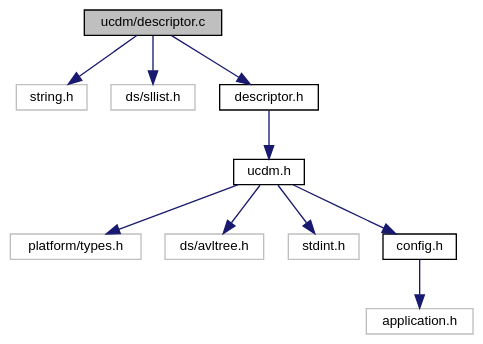
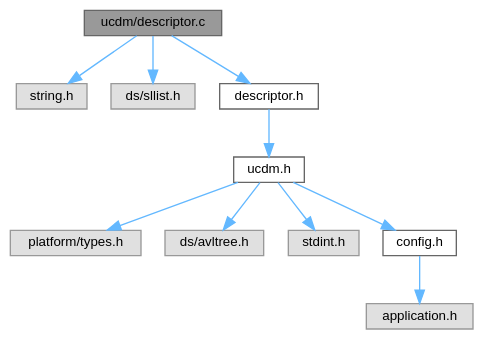
The diagram in descriptor_8c__incl.dot (ebs-universe/piolib-ucdm), drawn with Graphviz before and after one commit. The commit also changed 365 other files, not shown here.

```diff
--- a/descriptor_8c__incl.dot
+++ b/descriptor_8c__incl.dot
@@ -1,27 +1,27 @@
 digraph "ucdm/descriptor.c"
 {
  // INTERACTIVE_SVG=YES
  // LATEX_PDF_SIZE
   bgcolor="transparent";
-  edge [fontname="Helvetica",fontsize="10",labelfontname="Helvetica",labelfontsize="10"];
-  node [fontname="Helvetica",fontsize="10",shape=record];
-  Node1 [label="ucdm/descriptor.c",height=0.2,width=0.4,color="black", fillcolor="grey75", style="filled", fontcolor="black",tooltip="Descriptor type definitions."];
-  Node1 -> Node2 [color="midnightblue",fontsize="10",style="solid",fontname="Helvetica"];
-  Node2 [label="string.h",height=0.2,width=0.4,color="grey75",tooltip=" "];
-  Node1 -> Node3 [color="midnightblue",fontsize="10",style="solid",fontname="Helvetica"];
-  Node3 [label="ds/sllist.h",height=0.2,width=0.4,color="grey75",tooltip=" "];
-  Node1 -> Node4 [color="midnightblue",fontsize="10",style="solid",fontname="Helvetica"];
-  Node4 [label="descriptor.h",height=0.2,width=0.4,color="black",URL="$descriptor_8h.html",tooltip="Descriptor type definitions."];
-  Node4 -> Node5 [color="midnightblue",fontsize="10",style="solid",fontname="Helvetica"];
-  Node5 [label="ucdm.h",height=0.2,width=0.4,color="black",URL="$ucdm_8h.html",tooltip="Interface and usage of the Unified Configuration and Data Manager."];
-  Node5 -> Node6 [color="midnightblue",fontsize="10",style="solid",fontname="Helvetica"];
-  Node6 [label="platform/types.h",height=0.2,width=0.4,color="grey75",tooltip=" "];
-  Node5 -> Node7 [color="midnightblue",fontsize="10",style="solid",fontname="Helvetica"];
-  Node7 [label="ds/avltree.h",height=0.2,width=0.4,color="grey75",tooltip=" "];
-  Node5 -> Node8 [color="midnightblue",fontsize="10",style="solid",fontname="Helvetica"];
-  Node8 [label="stdint.h",height=0.2,width=0.4,color="grey75",tooltip=" "];
-  Node5 -> Node9 [color="midnightblue",fontsize="10",style="solid",fontname="Helvetica"];
-  Node9 [label="config.h",height=0.2,width=0.4,color="black",URL="$config_8h_source.html",tooltip=" "];
-  Node9 -> Node10 [color="midnightblue",fontsize="10",style="solid",fontname="Helvetica"];
-  Node10 [label="application.h",height=0.2,width=0.4,color="grey75",tooltip=" "];
+  edge [fontname=Helvetica,fontsize=10,labelfontname=Helvetica,labelfontsize=10];
+  node [fontname=Helvetica,fontsize=10,shape=box,height=0.2,width=0.4];
+  Node1 [id="Node000001",label="ucdm/descriptor.c",height=0.2,width=0.4,color="gray40", fillcolor="grey60", style="filled", fontcolor="black",tooltip="Descriptor type definitions."];
+  Node1 -> Node2 [id="edge1_Node000001_Node000002",color="steelblue1",style="solid",tooltip=" "];
+  Node2 [id="Node000002",label="string.h",height=0.2,width=0.4,color="grey60", fillcolor="#E0E0E0", style="filled",tooltip=" "];
+  Node1 -> Node3 [id="edge2_Node000001_Node000003",color="steelblue1",style="solid",tooltip=" "];
+  Node3 [id="Node000003",label="ds/sllist.h",height=0.2,width=0.4,color="grey60", fillcolor="#E0E0E0", style="filled",tooltip=" "];
+  Node1 -> Node4 [id="edge3_Node000001_Node000004",color="steelblue1",style="solid",tooltip=" "];
+  Node4 [id="Node000004",label="descriptor.h",height=0.2,width=0.4,color="grey40", fillcolor="white", style="filled",URL="$descriptor_8h.html",tooltip="Descriptor type definitions."];
+  Node4 -> Node5 [id="edge4_Node000004_Node000005",color="steelblue1",style="solid",tooltip=" "];
+  Node5 [id="Node000005",label="ucdm.h",height=0.2,width=0.4,color="grey40", fillcolor="white", style="filled",URL="$ucdm_8h.html",tooltip="Interface and usage of the Unified Configuration and Data Manager."];
+  Node5 -> Node6 [id="edge5_Node000005_Node000006",color="steelblue1",style="solid",tooltip=" "];
+  Node6 [id="Node000006",label="platform/types.h",height=0.2,width=0.4,color="grey60", fillcolor="#E0E0E0", style="filled",tooltip=" "];
+  Node5 -> Node7 [id="edge6_Node000005_Node000007",color="steelblue1",style="solid",tooltip=" "];
+  Node7 [id="Node000007",label="ds/avltree.h",height=0.2,width=0.4,color="grey60", fillcolor="#E0E0E0", style="filled",tooltip=" "];
+  Node5 -> Node8 [id="edge7_Node000005_Node000008",color="steelblue1",style="solid",tooltip=" "];
+  Node8 [id="Node000008",label="stdint.h",height=0.2,width=0.4,color="grey60", fillcolor="#E0E0E0", style="filled",tooltip=" "];
+  Node5 -> Node9 [id="edge8_Node000005_Node000009",color="steelblue1",style="solid",tooltip=" "];
+  Node9 [id="Node000009",label="config.h",height=0.2,width=0.4,color="grey40", fillcolor="white", style="filled",URL="$config_8h.html",tooltip=" "];
+  Node9 -> Node10 [id="edge9_Node000009_Node000010",color="steelblue1",style="solid",tooltip=" "];
+  Node10 [id="Node000010",label="application.h",height=0.2,width=0.4,color="grey60", fillcolor="#E0E0E0", style="filled",tooltip=" "];
 }
```
